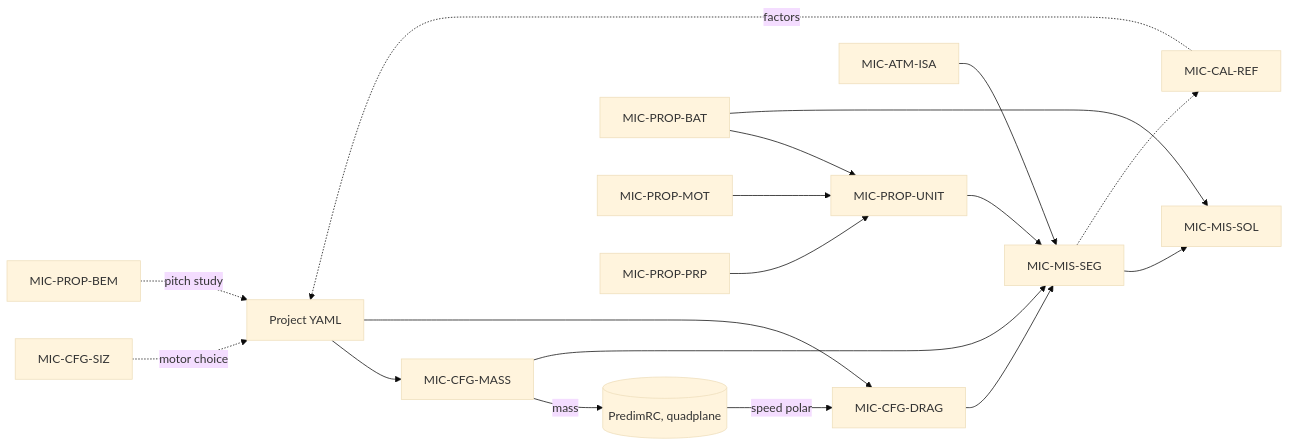
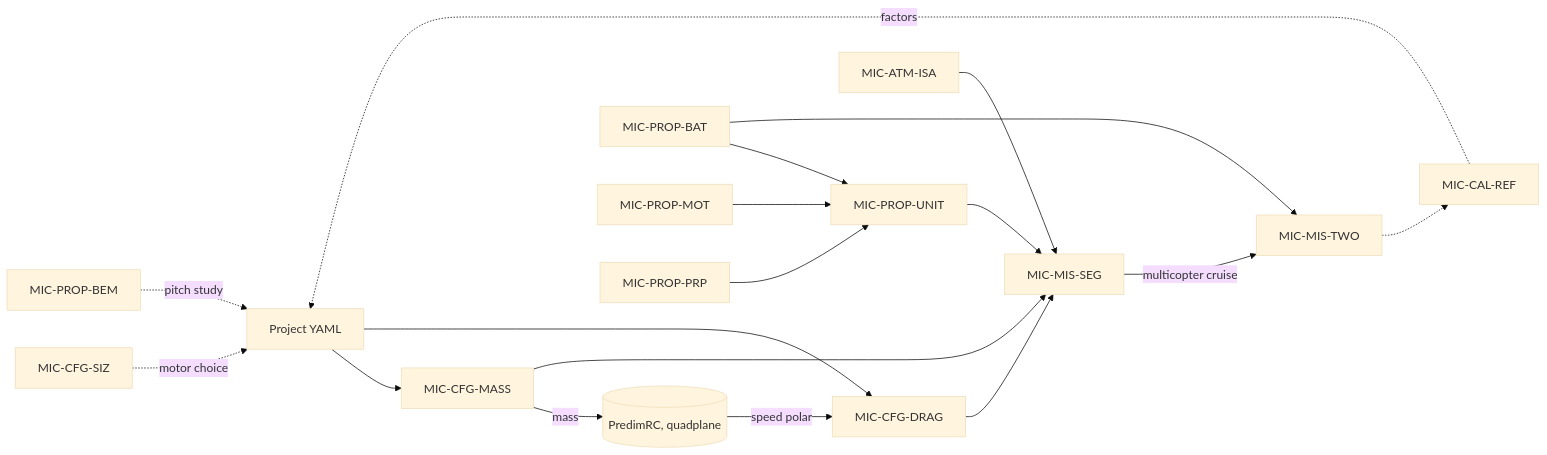
One commit to SebastienBocquet/predim-vtol changed the diagram in docs/models/index.md. Above: the diagram before and after it, drawn with Mermaid (base theme). The commit also changed other lines of this file and 49 other files, not shown here.

````diff
--- a/docs/models/index.md
+++ b/docs/models/index.md
@@ -61,20 +60,20 @@
 ```mermaid
 flowchart LR
   P[Project YAML] --> MASS[MIC-CFG-MASS]
   P --> DRAG[MIC-CFG-DRAG]
   MASS -->|mass| PR[(PredimRC, quadplane)]
   PR -->|speed polar| DRAG
   ATM[MIC-ATM-ISA] --> SEG[MIC-MIS-SEG]
   BAT[MIC-PROP-BAT] --> UNIT[MIC-PROP-UNIT]
   MOT[MIC-PROP-MOT] --> UNIT
   PRP[MIC-PROP-PRP] --> UNIT
   UNIT --> SEG
   DRAG --> SEG
   MASS --> SEG
-  SEG --> SOL[MIC-MIS-SOL]
-  BAT --> SOL
+  SEG -->|multicopter cruise| TWO[MIC-MIS-TWO]
+  BAT --> TWO
   SIZ[MIC-CFG-SIZ] -.->|motor choice| P
   CAL[MIC-CAL-REF] -.->|factors| P
-  SEG -.-> CAL
+  TWO -.-> CAL
   BEM[MIC-PROP-BEM] -.->|pitch study| P
 ```
````
